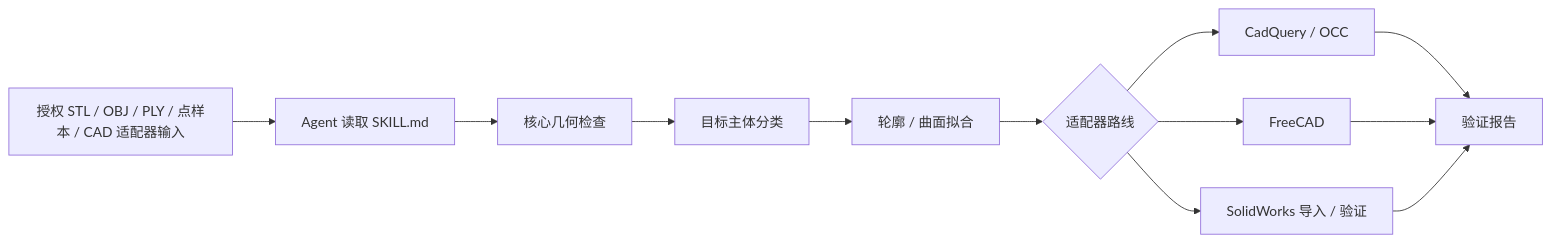
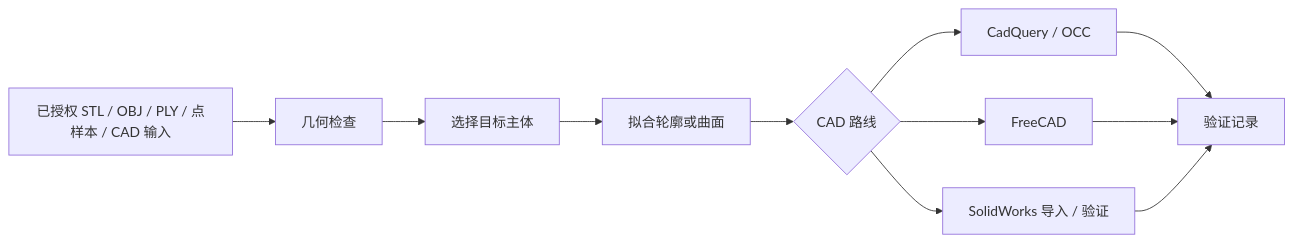
One commit to 18871379330/curved-surface-reconstruction changed the second of 2 diagrams in README.md. Above: the diagram before and after it, drawn with Mermaid. The commit also changed other lines of this file, not shown here.

````diff
--- a/README.md
+++ b/README.md
@@ -326,14 +323,13 @@
 ```mermaid
 graph LR
-  A[授权 STL / OBJ / PLY / 点样本 / CAD 适配器输入] --> B[Agent 读取 SKILL.md]
-  B --> C[核心几何检查]
-  C --> D[目标主体分类]
-  D --> E[轮廓 / 曲面拟合]
-  E --> F{适配器路线}
-  F --> G[CadQuery / OCC]
-  F --> H[FreeCAD]
-  F --> I[SolidWorks 导入 / 验证]
-  G --> J[验证报告]
-  H --> J
-  I --> J
+  A[已授权 STL / OBJ / PLY / 点样本 / CAD 输入] --> B[几何检查]
+  B --> C[选择目标主体]
+  C --> D[拟合轮廓或曲面]
+  D --> E{CAD 路线}
+  E --> F[CadQuery / OCC]
+  E --> G[FreeCAD]
+  E --> H[SolidWorks 导入 / 验证]
+  F --> I[验证记录]
+  G --> I
+  H --> I
 ```
````
